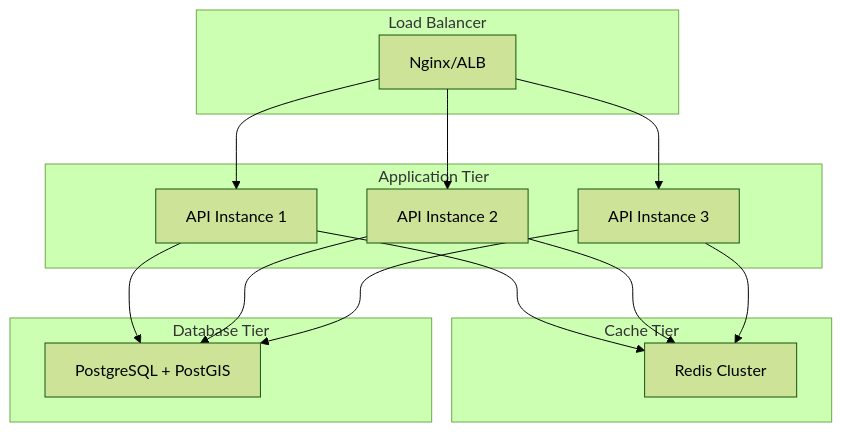
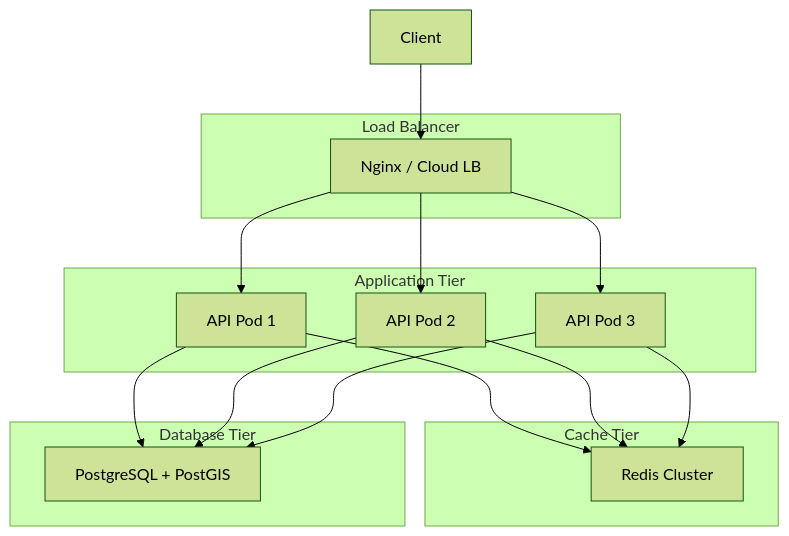
The diagram in DEPLOYMENT.md (ucid-foundation/ucid), drawn with Mermaid (forest theme) before and after one commit. The commit also changed other lines of this file and 174 other files, not shown here.

````diff
--- a/DEPLOYMENT.md
+++ b/DEPLOYMENT.md
@@ -35,30 +54,31 @@
 ```mermaid
 graph TB
     subgraph "Load Balancer"
-        LB[Nginx/ALB]
+        LB[Nginx / Cloud LB]
     end
-    
+
     subgraph "Application Tier"
-        API1[API Instance 1]
-        API2[API Instance 2]
-        API3[API Instance 3]
+        API1[API Pod 1]
+        API2[API Pod 2]
+        API3[API Pod 3]
     end
-    
+
     subgraph "Cache Tier"
         Redis[Redis Cluster]
     end
-    
+
     subgraph "Database Tier"
         PG[PostgreSQL + PostGIS]
     end
-    
+
+    Client --> LB
     LB --> API1
     LB --> API2
     LB --> API3
     API1 --> Redis
     API2 --> Redis
     API3 --> Redis
     API1 --> PG
     API2 --> PG
     API3 --> PG
 ```
````
